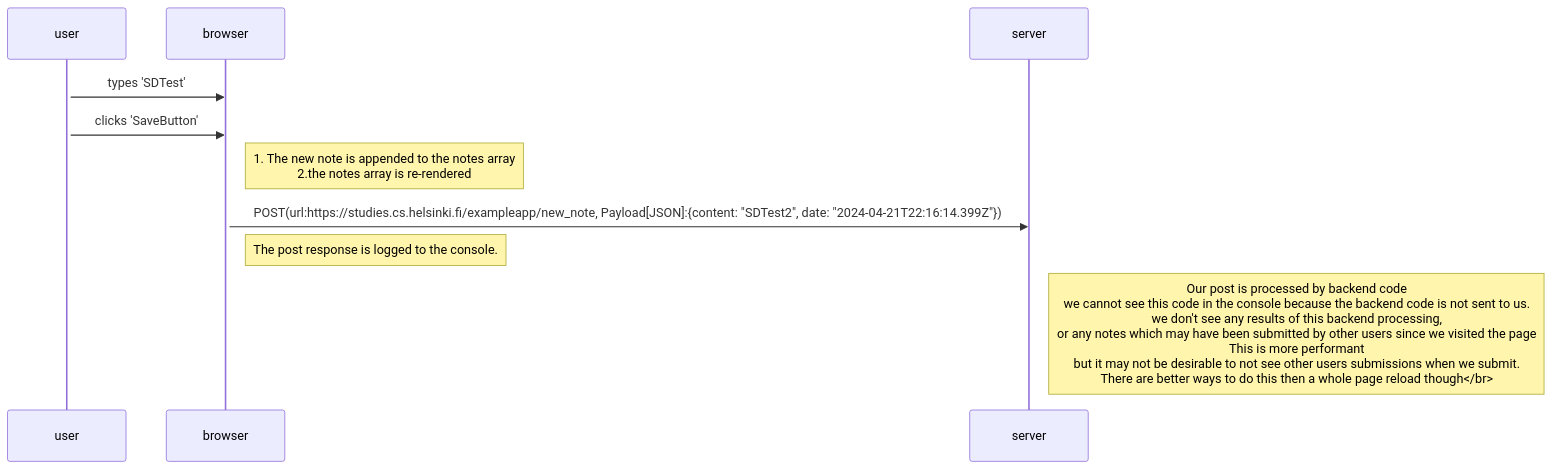
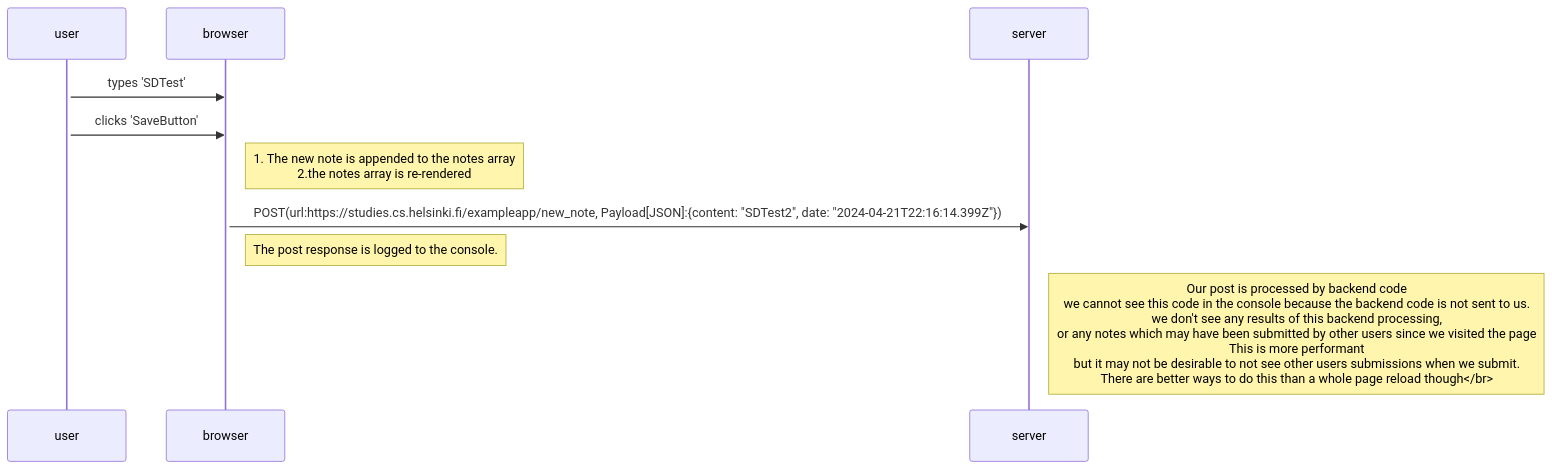
One commit to fozbstudios/FullStackOpen changed the diagram in Part0/6SPANewNote.md. Above: the diagram before and after it, drawn with Mermaid. The commit also changed 2 other files, not shown here.

Commit message:
fixed typos

````diff
--- a/Part0/6SPANewNote.md
+++ b/Part0/6SPANewNote.md
@@ -2,16 +2,16 @@
 ```mermaid
 sequenceDiagram
     participant user
     participant browser
     participant server
 
     activate user
     user->>browser: types 'SDTest'
     user->>browser: clicks 'SaveButton'
     activate browser
     Note right of browser: 1. The new note is appended to the notes array<br/> 2.the notes array is re-rendered
     browser->>server: POST(url:https://studies.cs.helsinki.fi/exampleapp/new_note, Payload[JSON]:{content: "SDTest2", date: "2024-04-21T22:16:14.399Z"})
     Note right of browser: The post response is logged to the console.
 
-    Note right of server: Our post is processed by backend code<br/> we cannot see this code in the console because the backend code is not sent to us.<br/> we don't see any results of this backend processing,<br/> or any notes which may have been submitted by other users since we visited the page<br/> This is more performant <br/>but it may not be desirable to not see other users submissions when we submit.<br/> There are better ways to do this then a whole page reload though</br>
+    Note right of server: Our post is processed by backend code<br/> we cannot see this code in the console because the backend code is not sent to us.<br/> we don't see any results of this backend processing,<br/> or any notes which may have been submitted by other users since we visited the page<br/> This is more performant <br/>but it may not be desirable to not see other users submissions when we submit.<br/> There are better ways to do this than a whole page reload though</br>
   ```
````
